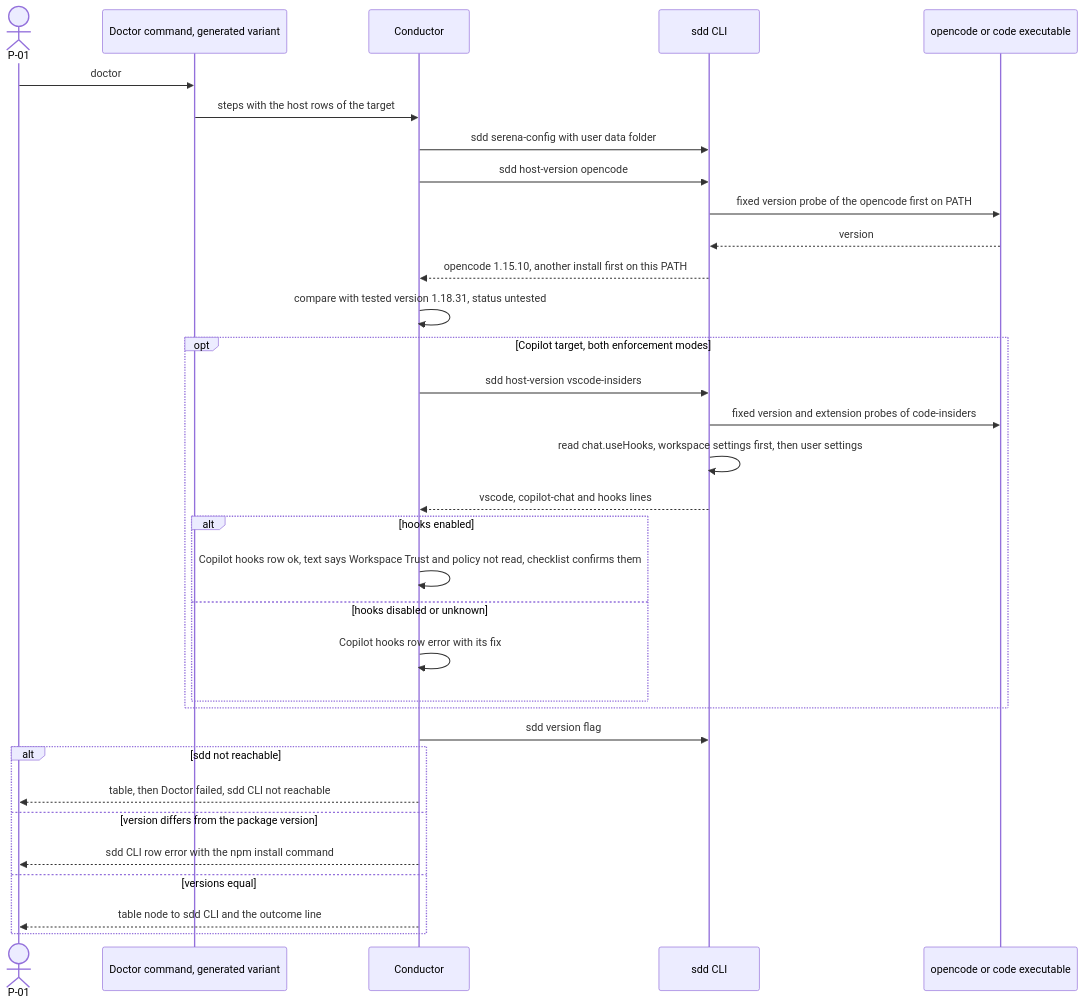
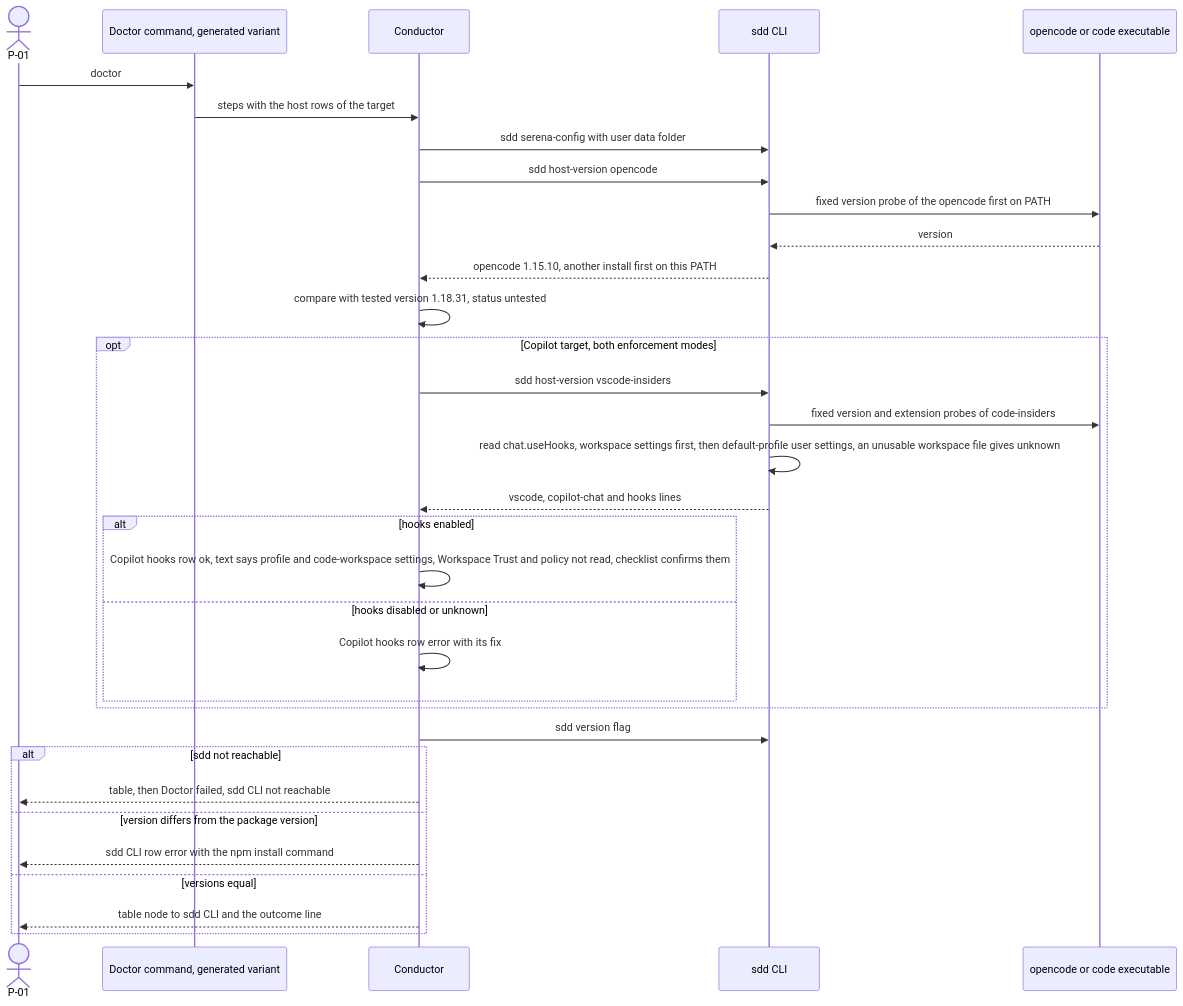
The ninth of 15 diagrams in .sdd/002-multi-platform-targets/10-spec/60-architecture/architecture.md (jlacube/spec-architect), drawn with Mermaid before and after one commit. The commit also changed other lines of this file and 7 other files, not shown here.

````diff
--- a/.sdd/002-multi-platform-targets/10-spec/60-architecture/architecture.md
+++ b/.sdd/002-multi-platform-targets/10-spec/60-architecture/architecture.md
@@ -713,36 +713,36 @@
 ```mermaid
 sequenceDiagram
   %% F8 doctor with host rows. Realizes C002-TS-506 C002-TS-509 C002-TS-513 C002-TS-515 C002-TS-516
   actor P01 as P-01
   participant C002_COMP_015 as Doctor command, generated variant
   participant C002_COMP_014 as Conductor
   participant C002_COMP_018 as sdd CLI
   participant HOST as opencode or code executable
   P01->>C002_COMP_015: doctor
   C002_COMP_015->>C002_COMP_014: steps with the host rows of the target
   C002_COMP_014->>C002_COMP_018: sdd serena-config with user data folder
   C002_COMP_014->>C002_COMP_018: sdd host-version opencode
   C002_COMP_018->>HOST: fixed version probe of the opencode first on PATH
   HOST-->>C002_COMP_018: version
   C002_COMP_018-->>C002_COMP_014: opencode 1.15.10, another install first on this PATH
   C002_COMP_014->>C002_COMP_014: compare with tested version 1.18.31, status untested
   opt Copilot target, both enforcement modes
     C002_COMP_014->>C002_COMP_018: sdd host-version vscode-insiders
     C002_COMP_018->>HOST: fixed version and extension probes of code-insiders
-    C002_COMP_018->>C002_COMP_018: read chat.useHooks, workspace settings first, then user settings
+    C002_COMP_018->>C002_COMP_018: read chat.useHooks, workspace settings first, then default-profile user settings, an unusable workspace file gives unknown
     C002_COMP_018-->>C002_COMP_014: vscode, copilot-chat and hooks lines
     alt hooks enabled
-      C002_COMP_014->>C002_COMP_014: Copilot hooks row ok, text says Workspace Trust and policy not read, checklist confirms them
+      C002_COMP_014->>C002_COMP_014: Copilot hooks row ok, text says profile and code-workspace settings, Workspace Trust and policy not read, checklist confirms them
     else hooks disabled or unknown
       C002_COMP_014->>C002_COMP_014: Copilot hooks row error with its fix
     end
   end
   C002_COMP_014->>C002_COMP_018: sdd version flag
   alt sdd not reachable
     C002_COMP_014-->>P01: table, then Doctor failed, sdd CLI not reachable
   else version differs from the package version
     C002_COMP_014-->>P01: sdd CLI row error with the npm install command
   else versions equal
     C002_COMP_014-->>P01: table node to sdd CLI and the outcome line
   end
 ```
````
